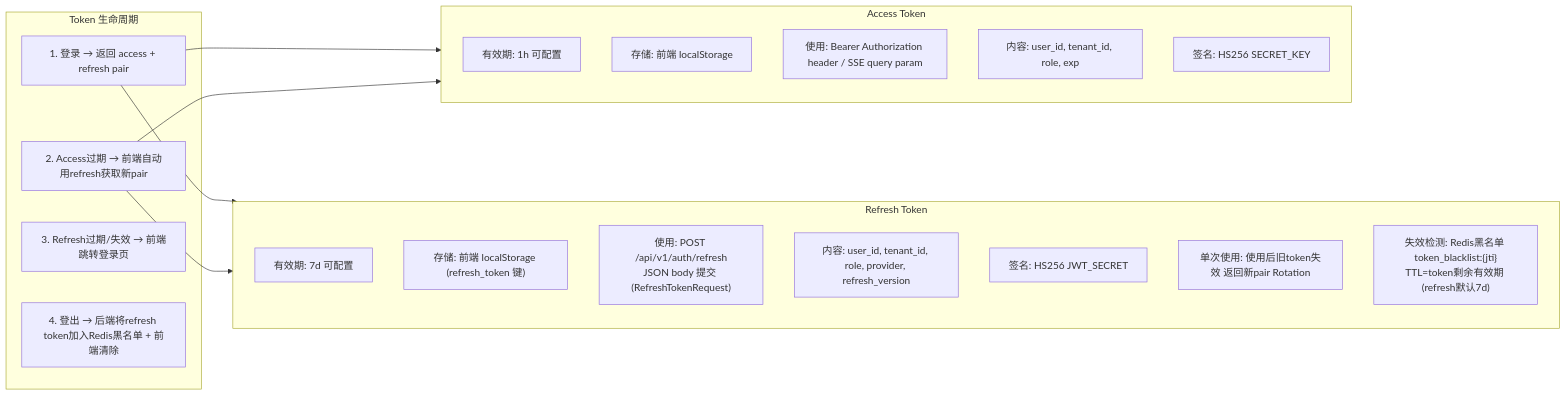
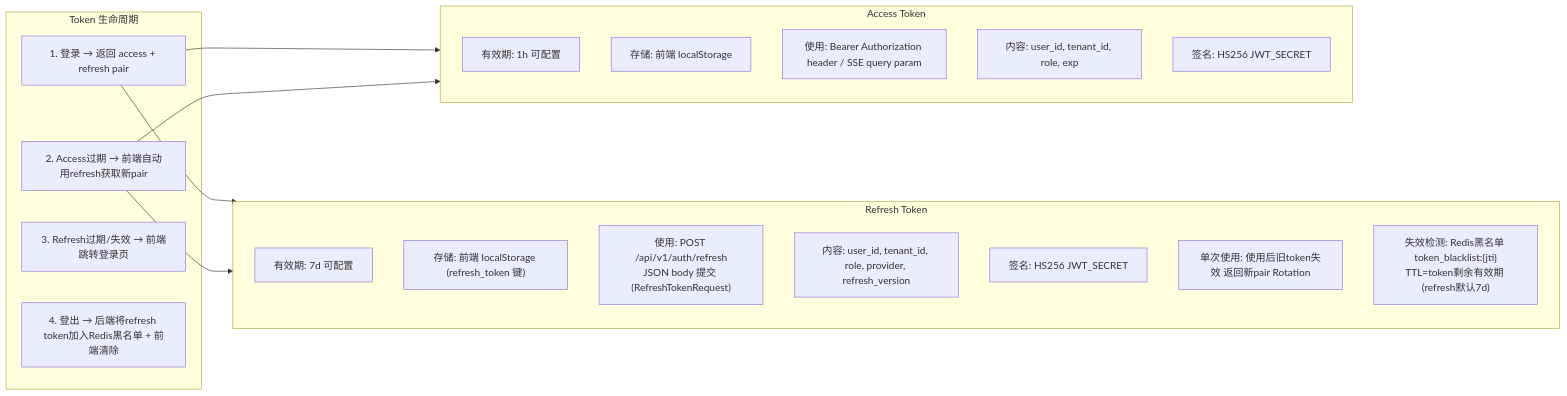
Before and after one commit to onceme/instantboard: the third of 3 diagrams in docs/design/security.md, drawn with Mermaid. The commit also changed other lines of this file and 8 other files, not shown here.

````diff
--- a/docs/design/security.md
+++ b/docs/design/security.md
@@ -342,32 +342,32 @@
 ```mermaid
 graph LR
   subgraph accessToken["Access Token"]
     ATexp["有效期: 1h 可配置"]
     ATstore["存储: 前端 localStorage"]
     ATuse["使用: Bearer Authorization header / SSE query param"]
     ATcontent["内容: user_id, tenant_id, role, exp"]
-    ATsign["签名: HS256 SECRET_KEY"]
+    ATsign["签名: HS256 JWT_SECRET"]
   end
 
   subgraph refreshToken["Refresh Token"]
     RTexp["有效期: 7d 可配置"]
     RTstore["存储: 前端 localStorage (refresh_token 键)"]
     RTuse["使用: POST /api/v1/auth/refresh<br/>JSON body 提交 (RefreshTokenRequest)"]
     RTcontent["内容: user_id, tenant_id, role, provider, refresh_version"]
     RTsign["签名: HS256 JWT_SECRET"]
     RTrotation["单次使用: 使用后旧token失效 返回新pair Rotation"]
     RTdetect["失效检测: Redis黑名单 token_blacklist:{jti}<br/>TTL=token剩余有效期 (refresh默认7d)"]
   end
 
   subgraph lifecycle["Token 生命周期"]
     S1["1. 登录 → 返回 access + refresh pair"]
     S2["2. Access过期 → 前端自动用refresh获取新pair"]
     S3["3. Refresh过期/失效 → 前端跳转登录页"]
     S4["4. 登出 → 后端将refresh token加入Redis黑名单 + 前端清除"]
   end
 
   S1 --> accessToken
   S1 --> refreshToken
   S2 --> refreshToken
   S2 --> accessToken
 ```
````
